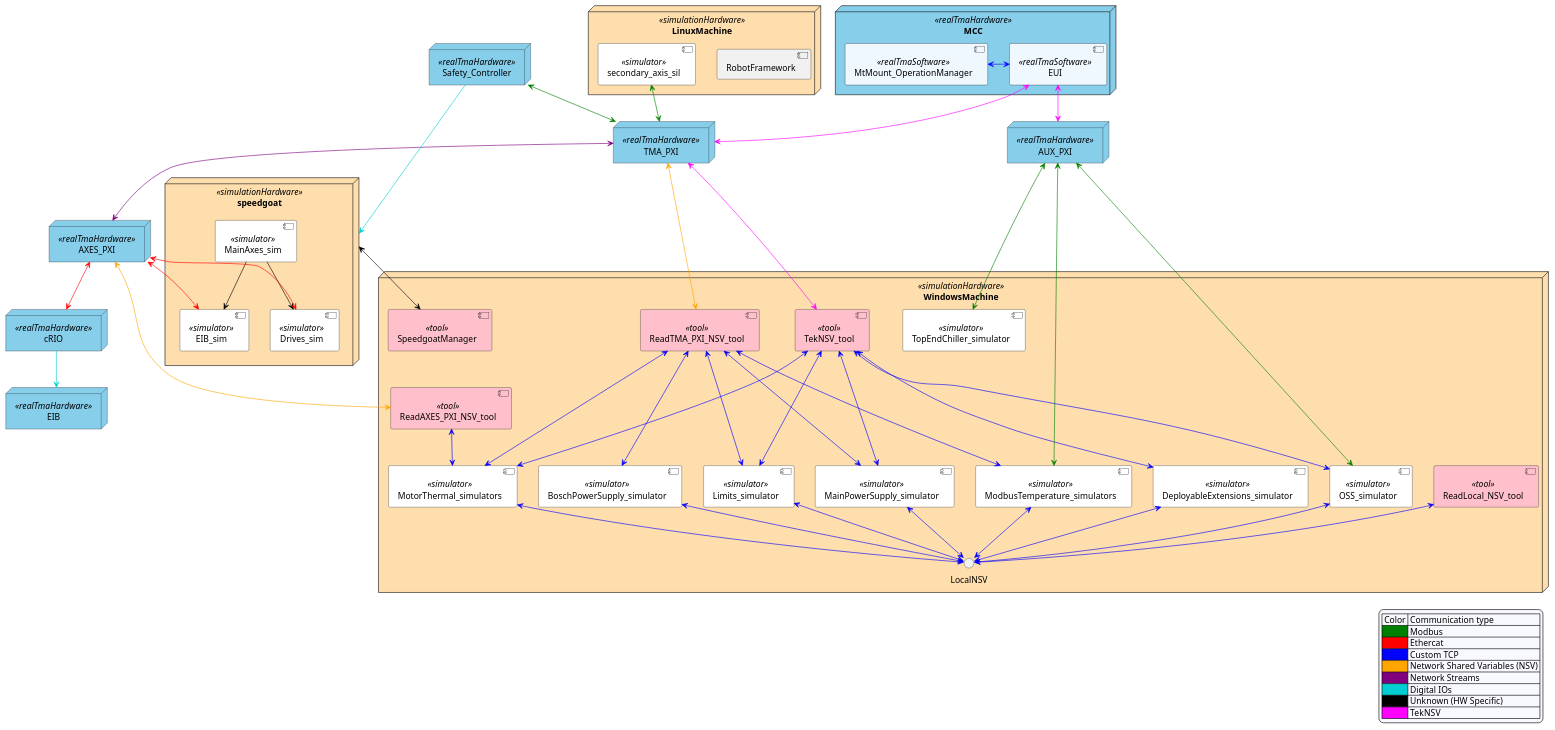
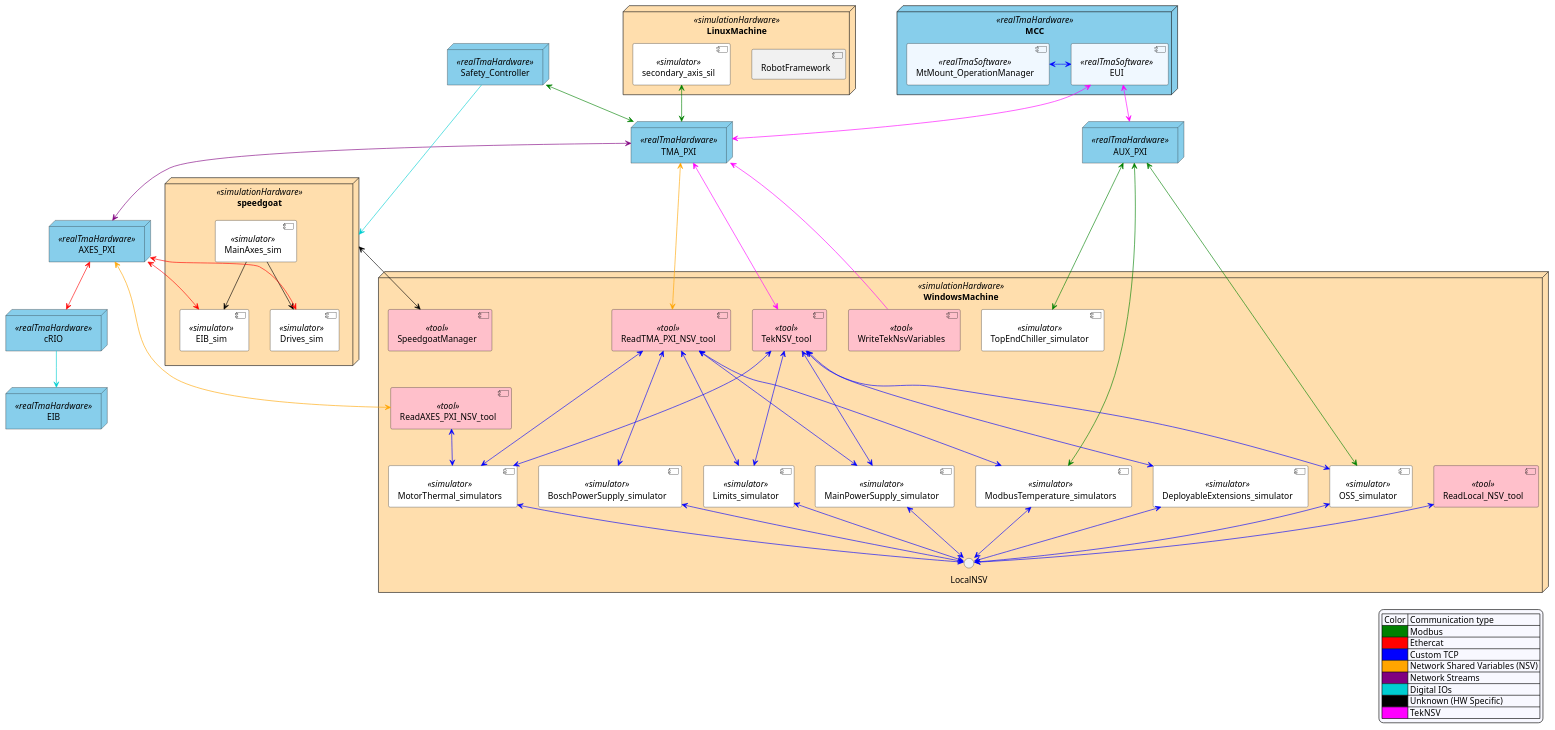
Before and after one commit to lsst-ts/ts_tma: the diagram in docs/ats_tekniker/modules.puml, drawn with PlantUML.

```diff
--- a/docs/ats_tekniker/modules.puml
+++ b/docs/ats_tekniker/modules.puml
@@ -1,130 +1,131 @@
 @startuml ATS Modules
 skinparam component {
   BackgroundColor<<simulator>> White
   BackgroundColor<<tool>> Pink
   BackgroundColor<<realTmaSoftware>> AliceBlue
 }
 
 skinparam node {
   BackgroundColor<<simulationHardware>> NavajoWhite
   BackgroundColor<<realTmaHardware>> SkyBlue
 }
 
 skinparam legend {
   BackgroundColor #GhostWhite
 }
 
 legend right
     | Color | Communication type |
     | <#Green> | Modbus |
     | <#Red> | Ethercat |
     | <#Blue> | Custom TCP |
     | <#Orange> | Network Shared Variables (NSV) |
     | <#Purple> | Network Streams |
     | <#DarkTurquoise> | Digital IOs |
     | <#Black> | Unknown (HW Specific) |
     | <#Fuchsia> | TekNSV |
 endlegend
 
 node MCC <<realTmaHardware>> {
   component EUI <<realTmaSoftware>>
   component MtMount_OperationManager <<realTmaSoftware>>
 
   EUI <-l[#Blue]-> MtMount_OperationManager
 }
 
 node LinuxMachine <<simulationHardware>> {
   component RobotFramework
   component secondary_axis_sil <<simulator>>
 }
 
 node TMA_PXI <<realTmaHardware>>
 node AUX_PXI <<realTmaHardware>>
 node AXES_PXI <<realTmaHardware>>
 
 node EIB <<realTmaHardware>>
 node cRIO <<realTmaHardware>>
 
 node Safety_Controller <<realTmaHardware>>
 
 node speedgoat <<simulationHardware>> {
   component MainAxes_sim <<simulator>>
   component EIB_sim <<simulator>>
   component Drives_sim <<simulator>>
 
   MainAxes_sim -[#Black]-> EIB_sim
   MainAxes_sim -[#Black]-> Drives_sim
 }
 
 node WindowsMachine <<simulationHardware>> {
   interface LocalNSV
   component ReadTMA_PXI_NSV_tool <<tool>>
-  ' component ForceEthercat_tool <<tool>> 'no longer in use TODO: remove from limits simulator
   component ReadAXES_PXI_NSV_tool <<tool>>
   component ReadLocal_NSV_tool <<tool>>
   component TekNSV_tool <<tool>>
   component BoschPowerSupply_simulator <<simulator>>
   component MotorThermal_simulators <<simulator>>
   component MainPowerSupply_simulator <<simulator>>
   component Limits_simulator <<simulator>>
   component ModbusTemperature_simulators <<simulator>>
   component DeployableExtensions_simulator <<simulator>>
   component OSS_simulator <<simulator>>
   component SpeedgoatManager <<tool>>
   component TopEndChiller_simulator <<simulator>>
+  component WriteTekNsvVariables <<tool>>
 
   LocalNSV <-u[#Blue]-> ReadLocal_NSV_tool
   LocalNSV <-u[#Blue]-> BoschPowerSupply_simulator
   LocalNSV <-u[#Blue]-> MotorThermal_simulators
   LocalNSV <-u[#Blue]-> MainPowerSupply_simulator
   LocalNSV <-u[#Blue]-> Limits_simulator
   LocalNSV <-u[#Blue]-> ModbusTemperature_simulators
   LocalNSV <-u[#Blue]-> DeployableExtensions_simulator
   LocalNSV <-u[#Blue]-> OSS_simulator
 
   ReadTMA_PXI_NSV_tool <-[#Blue]--> BoschPowerSupply_simulator
   ReadTMA_PXI_NSV_tool <-[#Blue]--> ModbusTemperature_simulators
   ReadTMA_PXI_NSV_tool <-[#Blue]--> MotorThermal_simulators
   ReadTMA_PXI_NSV_tool <-[#Blue]--> MainPowerSupply_simulator
   ReadTMA_PXI_NSV_tool <-[#Blue]--> Limits_simulator
 
   TekNSV_tool <-[#Blue]--> OSS_simulator
   TekNSV_tool <-[#Blue]--> MotorThermal_simulators
   TekNSV_tool <-[#Blue]--> MainPowerSupply_simulator
   TekNSV_tool <-[#Blue]--> DeployableExtensions_simulator
   TekNSV_tool <-[#Blue]--> Limits_simulator
 
   ReadAXES_PXI_NSV_tool <-[#Blue]-> MotorThermal_simulators
 
 }
 
 ' RobotFramework <--> ReadLocal_NSV_tool
 ' RobotFramework <--> EUI
 ' RobotFramework <--> SpeedgoatManager
 ' RobotFramework <--> secondary_axis_sil
 ' RobotFramework <--> ReadTMA_PXI_NSV_tool
 
 TMA_PXI <-[#Fuchsia]u-> EUI
 TMA_PXI <-[#Fuchsia]-> TekNSV_tool
+TMA_PXI <-[#Fuchsia]- WriteTekNsvVariables
 AUX_PXI <-[#Fuchsia]u-> EUI
 TMA_PXI <-[#Purple]-> AXES_PXI
 TMA_PXI <-[#Orange]-> ReadTMA_PXI_NSV_tool
 
 AXES_PXI <-[#Red]-> EIB_sim
 AXES_PXI <-[#Red]-> Drives_sim
 AXES_PXI <-[#Red]-> cRIO
 AXES_PXI <-[#Orange]-> ReadAXES_PXI_NSV_tool
 
 secondary_axis_sil <-[#Green]-> TMA_PXI
 Safety_Controller <-[#Green]-> TMA_PXI
 
 AUX_PXI <-[#Green]--> OSS_simulator
 AUX_PXI <-[#Green]--> ModbusTemperature_simulators
 AUX_PXI <-[#Green]--> TopEndChiller_simulator
 
 SpeedgoatManager <-[#Black]u-> speedgoat
 
 Safety_Controller -[#DarkTurquoise]-> speedgoat
 cRIO -[#DarkTurquoise]-> EIB
 
 @enduml
```
